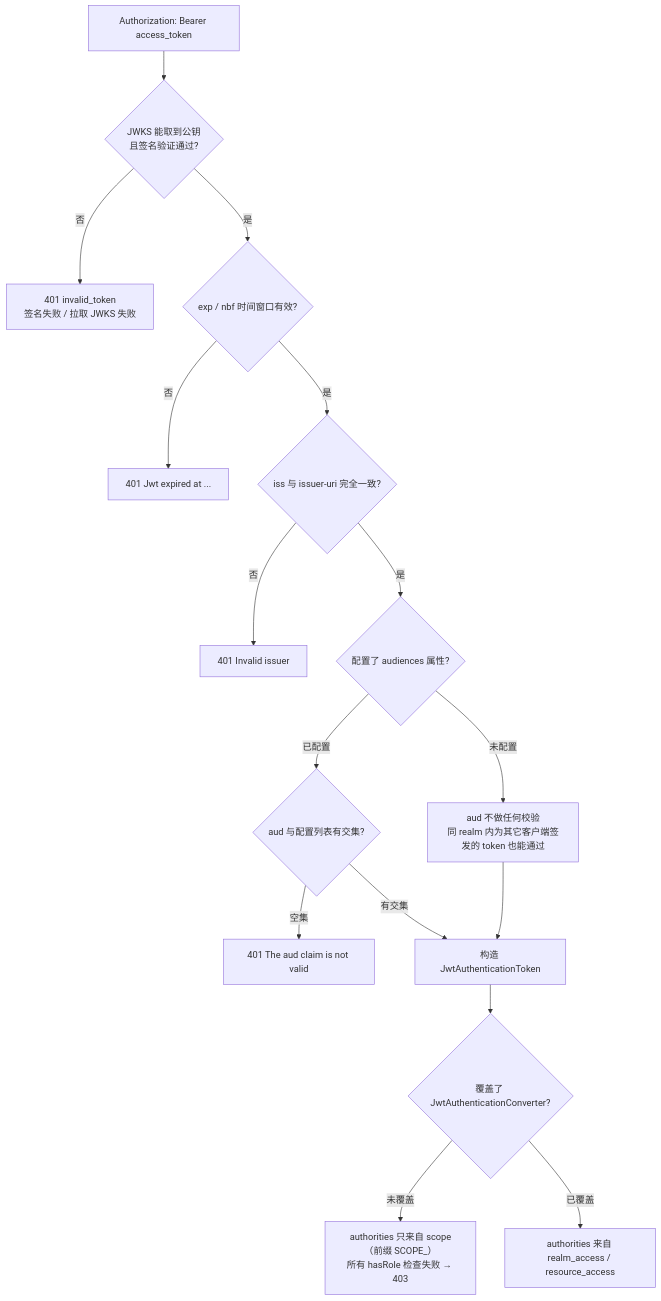
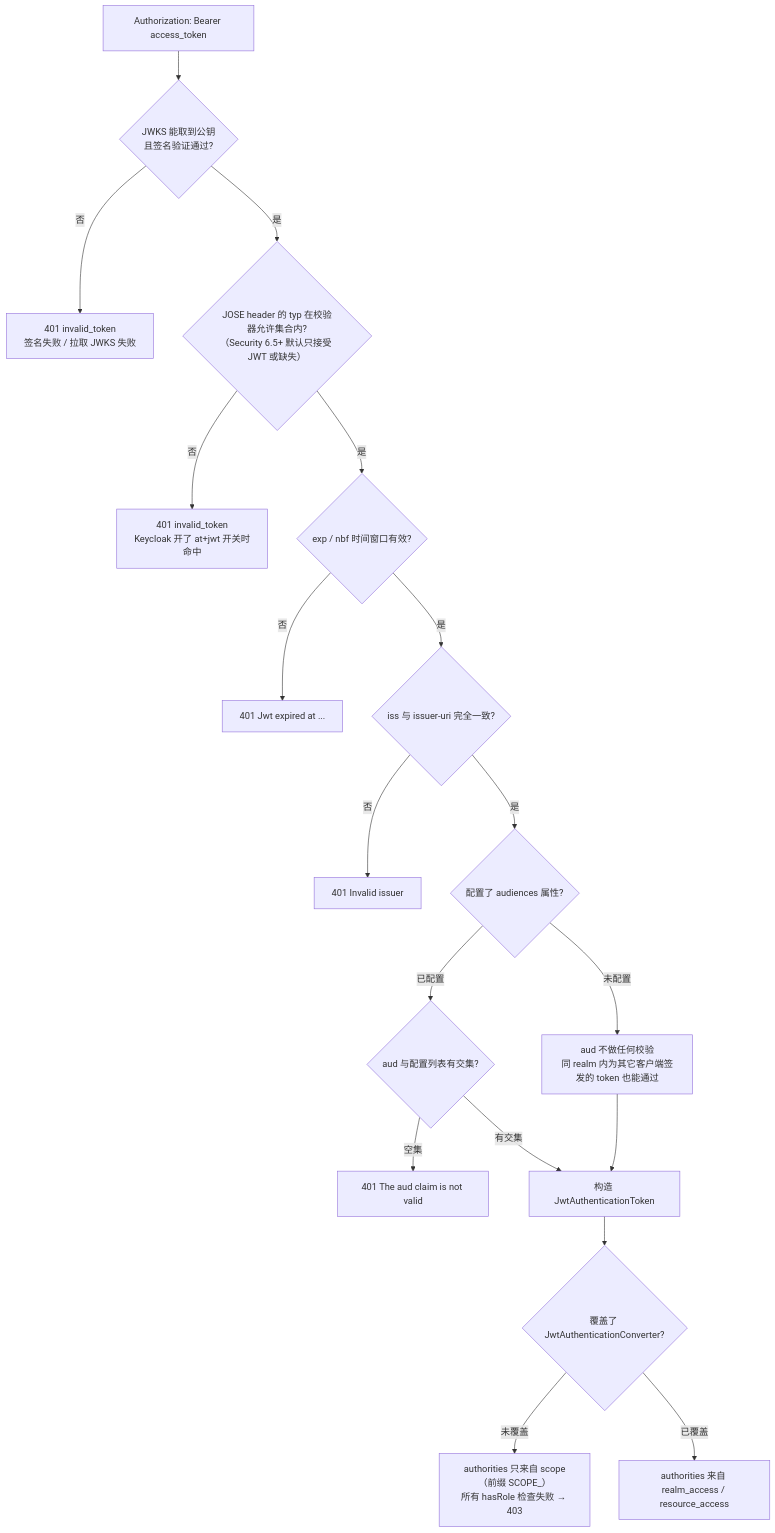
Before and after one commit to l10178/idaas-book: the diagram in content/docs/solution-blogs/keycloak-spring-boot-3-resource-server.md, drawn with Mermaid. The commit also changed other lines of this file and 2 other files, not shown here.

Commit message:
docs: cover spring boot 4 / security 7 changes in keycloak resource server guide (#253)

````diff
--- a/content/docs/solution-blogs/keycloak-spring-boot-3-resource-server.md
+++ b/content/docs/solution-blogs/keycloak-spring-boot-3-resource-server.md
@@ -46,18 +46,20 @@
 ```mermaid
 flowchart TD
     A["Authorization: Bearer access_token"] --> B{"JWKS 能取到公钥<br/>且签名验证通过?"}
     B -->|否| E1["401 invalid_token<br/>签名失败 / 拉取 JWKS 失败"]
-    B -->|是| C{"exp / nbf 时间窗口有效?"}
+    B -->|是| B2{"JOSE header 的 typ 在校验器允许集合内?<br/>（Security 6.5+ 默认只接受 JWT 或缺失）"}
+    B2 -->|否| E5["401 invalid_token<br/>Keycloak 开了 at+jwt 开关时命中"]
+    B2 -->|是| C{"exp / nbf 时间窗口有效?"}
     C -->|否| E2["401 Jwt expired at ..."]
     C -->|是| D{"iss 与 issuer-uri 完全一致?"}
     D -->|否| E3["401 Invalid issuer"]
     D -->|是| F{"配置了 audiences 属性?"}
     F -->|未配置| H["aud 不做任何校验<br/>同 realm 内为其它客户端签发的 token 也能通过"]
     F -->|已配置| G{"aud 与配置列表有交集?"}
     G -->|空集| E4["401 The aud claim is not valid"]
     G -->|有交集| I["构造 JwtAuthenticationToken"]
     H --> I
     I --> J{"覆盖了 JwtAuthenticationConverter?"}
     J -->|未覆盖| K["authorities 只来自 scope（前缀 SCOPE_）<br/>所有 hasRole 检查失败 → 403"]
     J -->|已覆盖| L["authorities 来自 realm_access / resource_access"]
 ```
````
